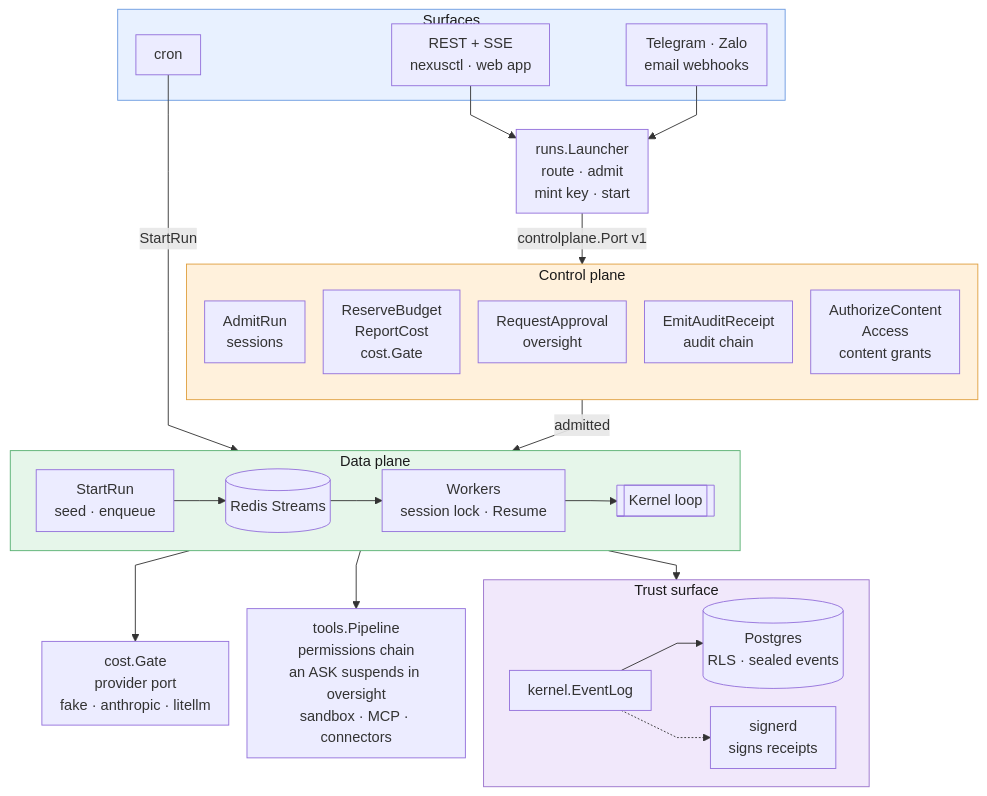
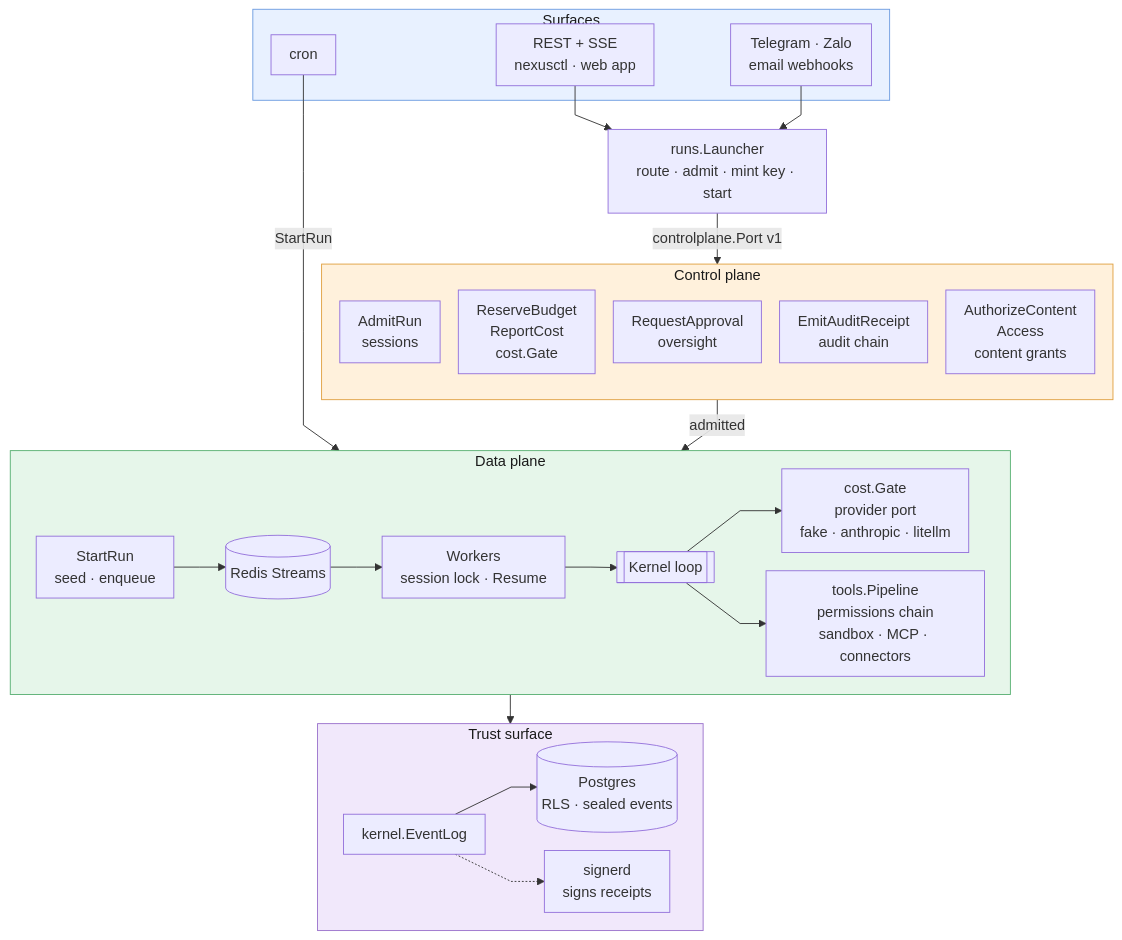
One commit to truongpx396/nexus-agent-demo changed the diagram in README.md. Above: the diagram before and after it, drawn with Mermaid. The commit also changed other lines of this file, not shown here.

````diff
--- a/README.md
+++ b/README.md
@@ -92,47 +93,45 @@
 ```mermaid
 %%{init: {"flowchart": {"nodeSpacing": 20, "rankSpacing": 32, "padding": 10, "curve": "linear"}}}%%
 flowchart TB
     subgraph SU["Surfaces"]
         REST["REST + SSE<br/>nexusctl · web app"]
         CHAT["Telegram · Zalo<br/>email webhooks"]
         CRON["cron"]
     end
 
-    LA["runs.Launcher<br/>route · admit<br/>mint key · start"]
+    LA["runs.Launcher<br/>route · admit · mint key · start"]
 
     subgraph CP["Control plane"]
         direction TB
         ADM["AdmitRun<br/>sessions"]
         BUD["ReserveBudget<br/>ReportCost<br/>cost.Gate"]
         APR["RequestApproval<br/>oversight"]
         AUD["EmitAuditReceipt<br/>audit chain"]
         ACC["AuthorizeContent<br/>Access<br/>content grants"]
     end
 
     subgraph DP["Data plane"]
         direction LR
         ST["StartRun<br/>seed · enqueue"] --> Q[("Redis Streams")] --> W["Workers<br/>session lock · Resume"] --> K[["Kernel loop"]]
+        K --> MODEL["cost.Gate<br/>provider port<br/>fake · anthropic · litellm"]
+        K --> TOOLS["tools.Pipeline<br/>permissions chain<br/>sandbox · MCP · connectors"]
     end
 
-    MODEL["cost.Gate<br/>provider port<br/>fake · anthropic · litellm"]
-    TOOLS["tools.Pipeline<br/>permissions chain<br/>an ASK suspends in oversight<br/>sandbox · MCP · connectors"]
-
     subgraph TR["Trust surface"]
+        direction LR
         EL["kernel.EventLog"] --> PG[("Postgres<br/>RLS · sealed events")]
         EL -.-> SD["signerd<br/>signs receipts"]
     end
 
     REST --> LA
     CHAT --> LA
     CRON -->|StartRun| DP
     LA -->|"controlplane.Port v1"| CP
     CP -->|admitted| DP
-    DP --> MODEL
-    DP --> TOOLS
     DP --> TR
 
     style SU fill:#e8f1ff,stroke:#6c9be0,color:#1a1a1a
     style CP fill:#fff1dc,stroke:#e0a040,color:#1a1a1a
     style DP fill:#e6f6ea,stroke:#58b072,color:#1a1a1a
     style TR fill:#f1e8fb,stroke:#9a72cc,color:#1a1a1a
 ```
````
